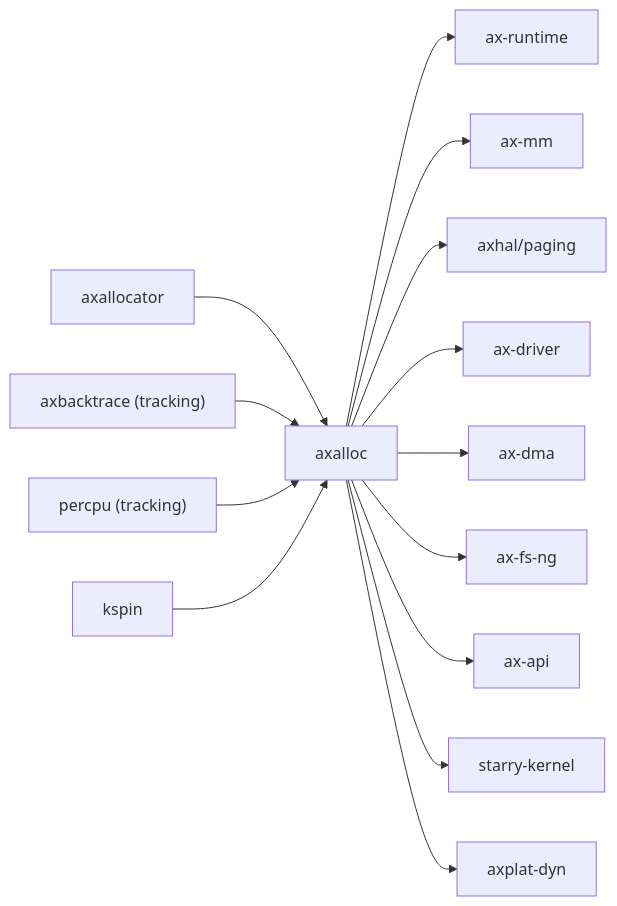
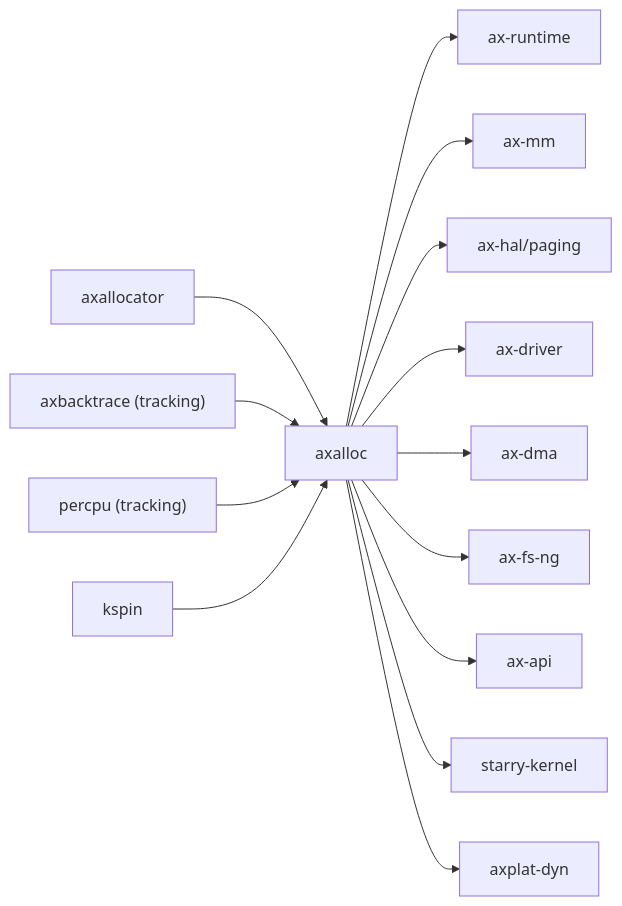
Before and after one commit to yfblock/tgoskits: the second of 2 diagrams in docs/crates/axalloc.md, drawn with Mermaid. The commit also changed other lines of this file and 158 other files, not shown here.

Commit message:
rename axhal to ax-hal

````diff
--- a/docs/crates/axalloc.md
+++ b/docs/crates/axalloc.md
@@ -82,17 +82,17 @@
 ```mermaid
 graph LR
     axallocator["axallocator"] --> axalloc["axalloc"]
     axbacktrace["axbacktrace (tracking)"] --> axalloc
     percpu["percpu (tracking)"] --> axalloc
     kspin["kspin"] --> axalloc
 
     axalloc --> ax-runtime["ax-runtime"]
     axalloc --> ax-mm["ax-mm"]
-    axalloc --> axhal["axhal/paging"]
+    axalloc --> ax-hal["ax-hal/paging"]
     axalloc --> ax-driver["ax-driver"]
     axalloc --> ax_dma["ax-dma"]
     axalloc --> axfsng["ax-fs-ng"]
     axalloc --> ax-api["ax-api"]
     axalloc --> starry_kernel["starry-kernel"]
     axalloc --> axplat_dyn["axplat-dyn"]
 ```
````
